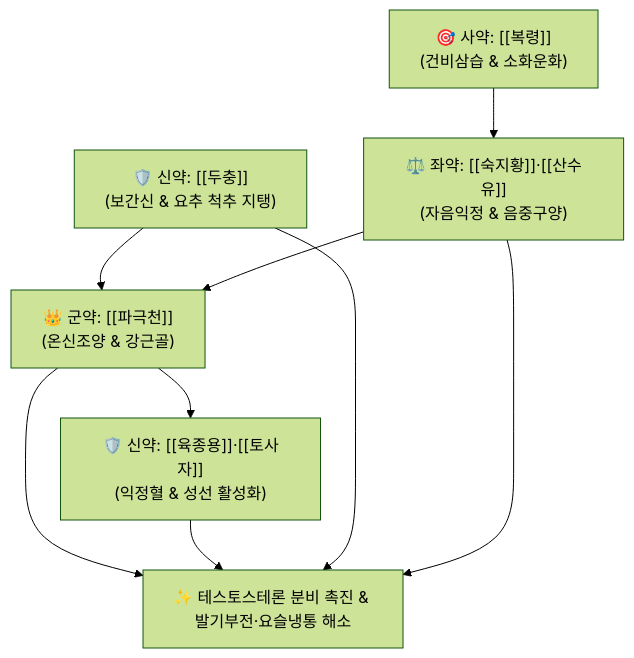
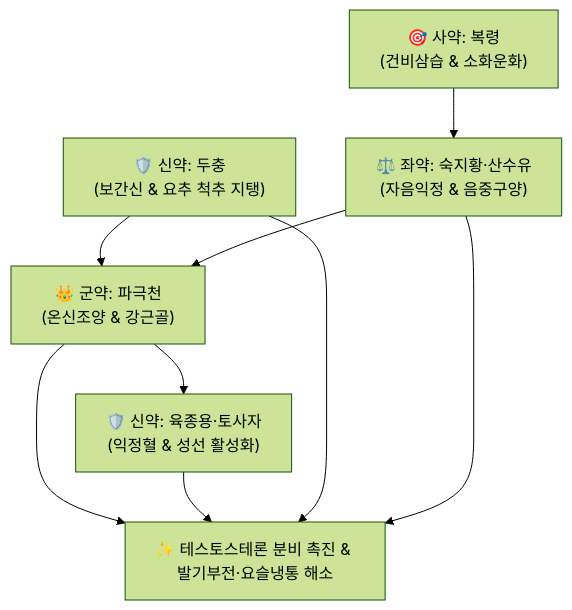
One commit to simbio11/simbio-digital-garden2 changed the diagram in content/2. 약리 공부/처방/02_보익제/파극천환.md. Above: the diagram before and after it, drawn with Mermaid (forest theme). The commit also changed other lines of this file and 323 other files, not shown here.

````diff
--- a/content/2. 약리 공부/처방/02_보익제/파극천환.md
+++ b/content/2. 약리 공부/처방/02_보익제/파극천환.md
@@ -47,8 +49,8 @@
 ```mermaid
 graph TD
-    PG["👑 군약: [[파극천]]<br>(온신조양 & 강근골)"] --> YJ["🛡️ 신약: [[육종용]]·[[토사자]]<br>(익정혈 & 성선 활성화)"]
-    DC["🛡️ 신약: [[두충]]<br>(보간신 & 요추 척추 지탱)"] --> PG
-    SJH["⚖️ 좌약: [[숙지황]]·[[산수유]]<br>(자음익정 & 음중구양)"] --> PG
-    BL["🎯 사약: [[복령]]<br>(건비삼습 & 소화운화)"] --> SJH
+    PG["👑 군약: 파극천<br>(온신조양 & 강근골)"] --> YJ["🛡️ 신약: 육종용·토사자<br>(익정혈 & 성선 활성화)"]
+    DC["🛡️ 신약: 두충<br>(보간신 & 요추 척추 지탱)"] --> PG
+    SJH["⚖️ 좌약: 숙지황·산수유<br>(자음익정 & 음중구양)"] --> PG
+    BL["🎯 사약: 복령<br>(건비삼습 & 소화운화)"] --> SJH
     PG & YJ & DC & SJH --> Target["✨ 테스토스테론 분비 촉진 & 발기부전·요슬냉통 해소"]
 ```
````
